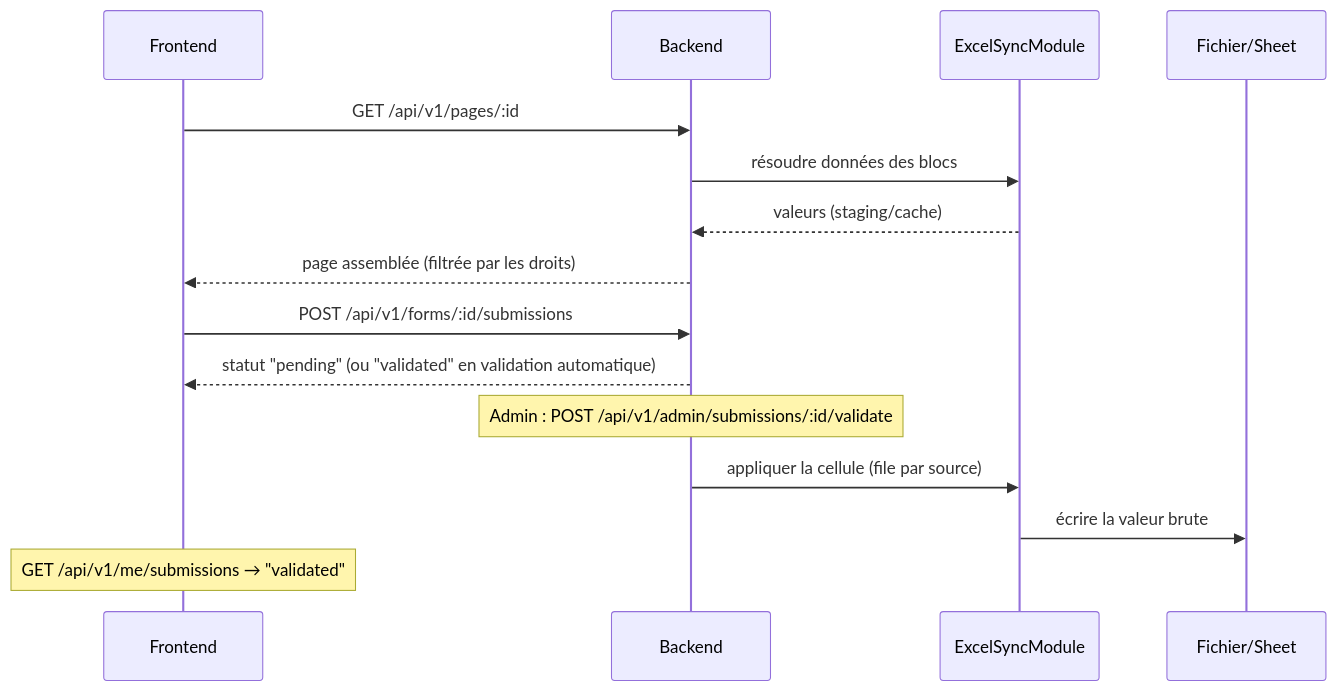
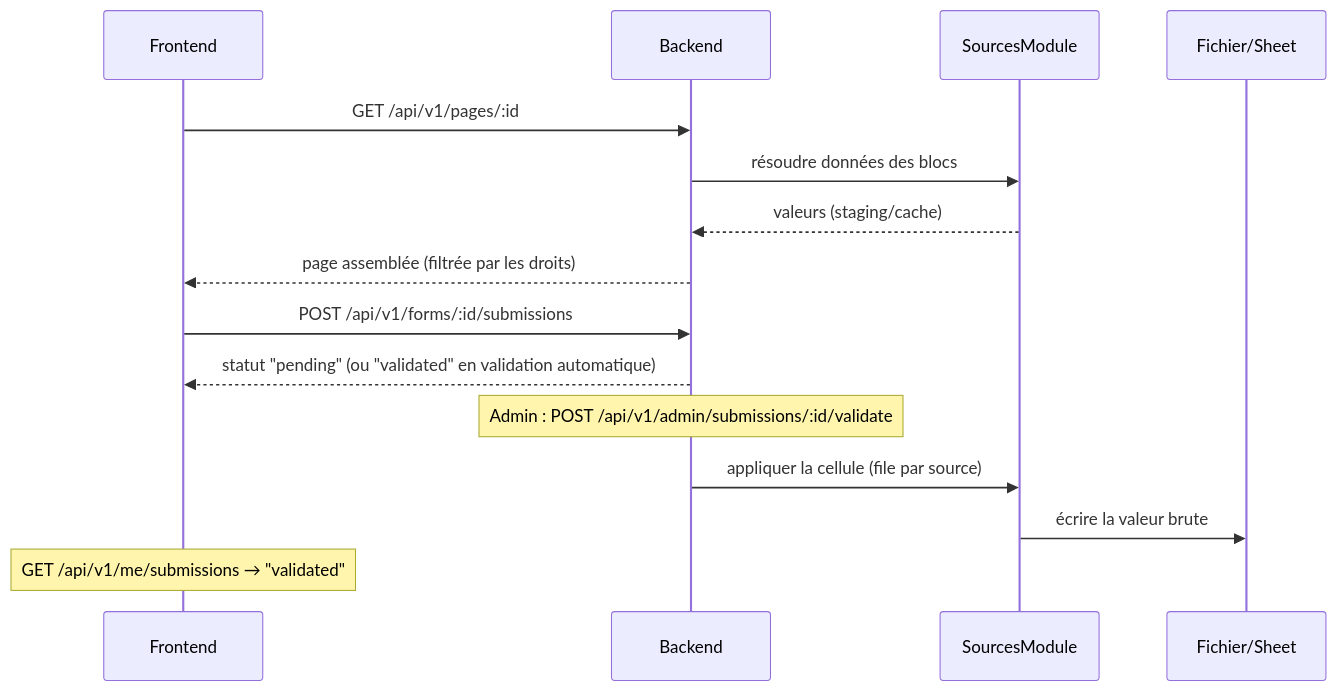
The second of 2 diagrams in references/architecture.md (NL-Des/Strategos), drawn with Mermaid before and after one commit. The commit also changed other lines of this file and 66 other files, not shown here.

````diff
--- a/references/architecture.md
+++ b/references/architecture.md
@@ -99,20 +103,20 @@
 ```mermaid
 sequenceDiagram
     participant FE as Frontend
     participant BE as Backend
-    participant ES as ExcelSyncModule
+    participant ES as SourcesModule
     participant SRC as Fichier/Sheet
 
     FE->>BE: GET /api/v1/pages/:id
     BE->>ES: résoudre données des blocs
     ES-->>BE: valeurs (staging/cache)
     BE-->>FE: page assemblée (filtrée par les droits)
 
     FE->>BE: POST /api/v1/forms/:id/submissions
     BE-->>FE: statut "pending" (ou "validated" en validation automatique)
 
     Note over BE: Admin : POST /api/v1/admin/submissions/:id/validate
     BE->>ES: appliquer la cellule (file par source)
     ES->>SRC: écrire la valeur brute
     Note over FE: GET /api/v1/me/submissions → "validated"
 ```
````
